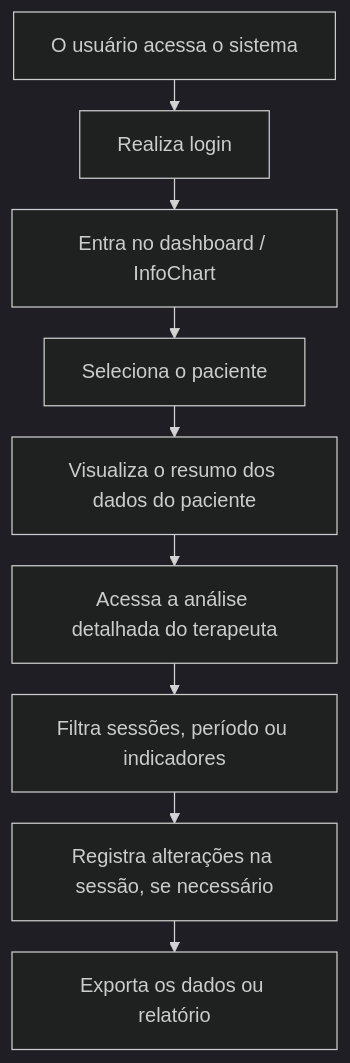
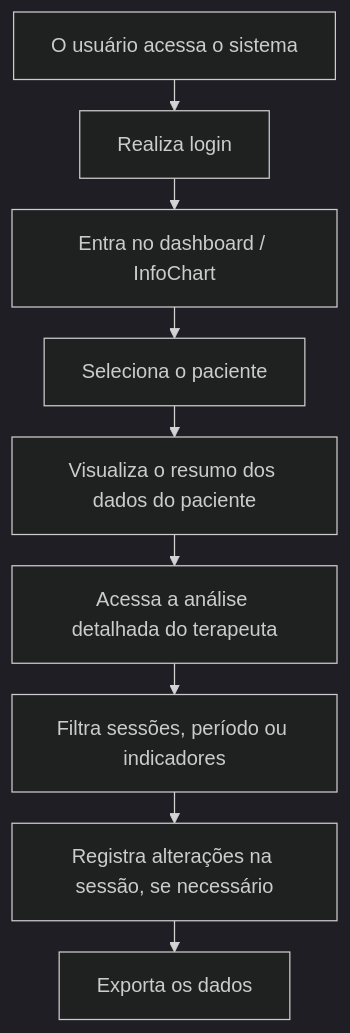
Before and after one commit to PHV00/RFC-MelhoriaProjetoIBlueIt: the diagram in readme.md, drawn with Mermaid (dark theme). The commit also changed other lines of this file, not shown here.

Commit message:
Revise export summary in README
Updated the export summary in the README to remove 'relatório'.

````diff
--- a/readme.md
+++ b/readme.md
@@ -656,12 +656,12 @@
 ```mermaid
 %%{init: {"flowchart": {"nodeSpacing": 20, "rankSpacing": 25}} }%%
 flowchart TD
     A[O usuário acessa o sistema] --> B[Realiza login]
     B --> C[Entra no dashboard / InfoChart]
     C --> D[Seleciona o paciente]
     D --> E[Visualiza o resumo dos dados do paciente]
     E --> F[Acessa a análise detalhada do terapeuta]
     F --> G[Filtra sessões, período ou indicadores]
     G --> H[Registra alterações na sessão, se necessário]
-    H --> I[Exporta os dados ou relatório]
+    H --> I[Exporta os dados]
 ```
````
